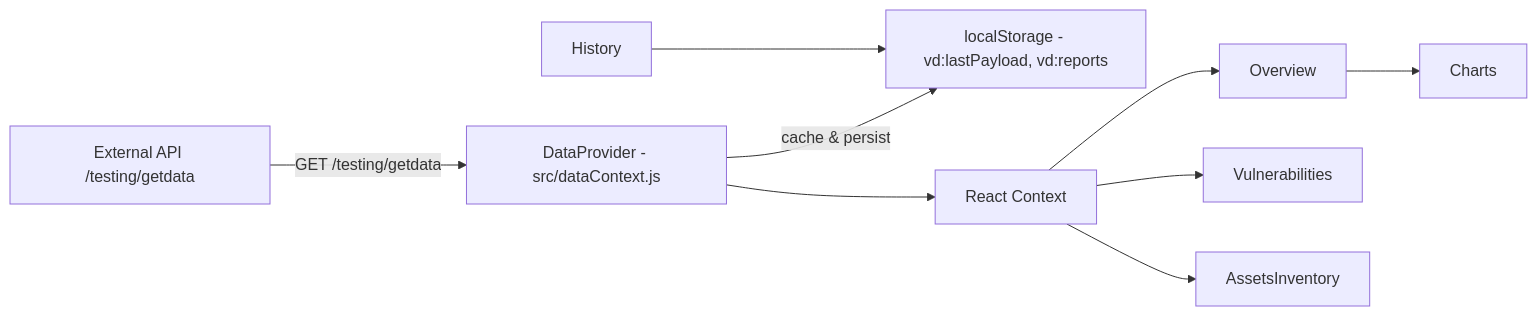
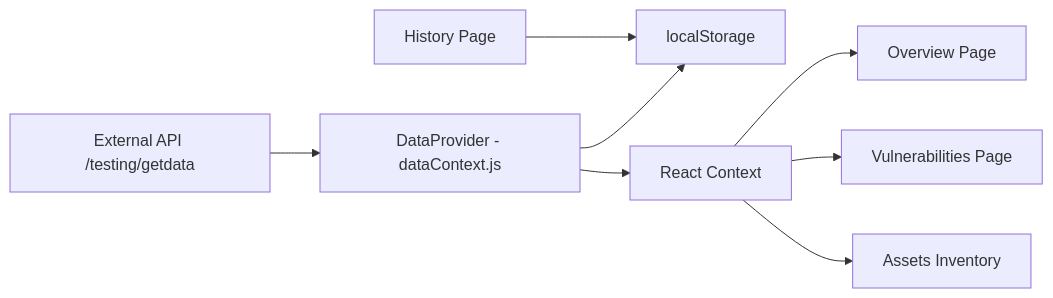
One commit to InfraCrawlers/EVAPA-Dashboard changed the first of 2 diagrams in README.md. Above: the diagram before and after it, drawn with Mermaid. The commit also changed other lines of this file, not shown here.

````diff
--- a/README.md
+++ b/README.md
@@ -44,20 +128,19 @@
 ```mermaid
 flowchart LR
   API[External API /testing/getdata]
-  DP[DataProvider - src/dataContext.js]
-  LS[localStorage - vd:lastPayload, vd:reports]
+  DP[DataProvider - dataContext.js]
+  LS[localStorage]
   Context[React Context]
-  Overview[Overview]
-  Charts[Charts]
-  Vuln[Vulnerabilities]
-  Assets[AssetsInventory]
-  History[History]
-  API -->|GET /testing/getdata| DP
-  DP -->|cache & persist| LS
+  Overview[Overview Page]
+  Vuln[Vulnerabilities Page]
+  Assets[Assets Inventory]
+  History[History Page]
+
+  API --> DP
+  DP --> LS
   DP --> Context
   Context --> Overview
   Context --> Vuln
   Context --> Assets
   History --> LS
-  Overview --> Charts
 ```
````
